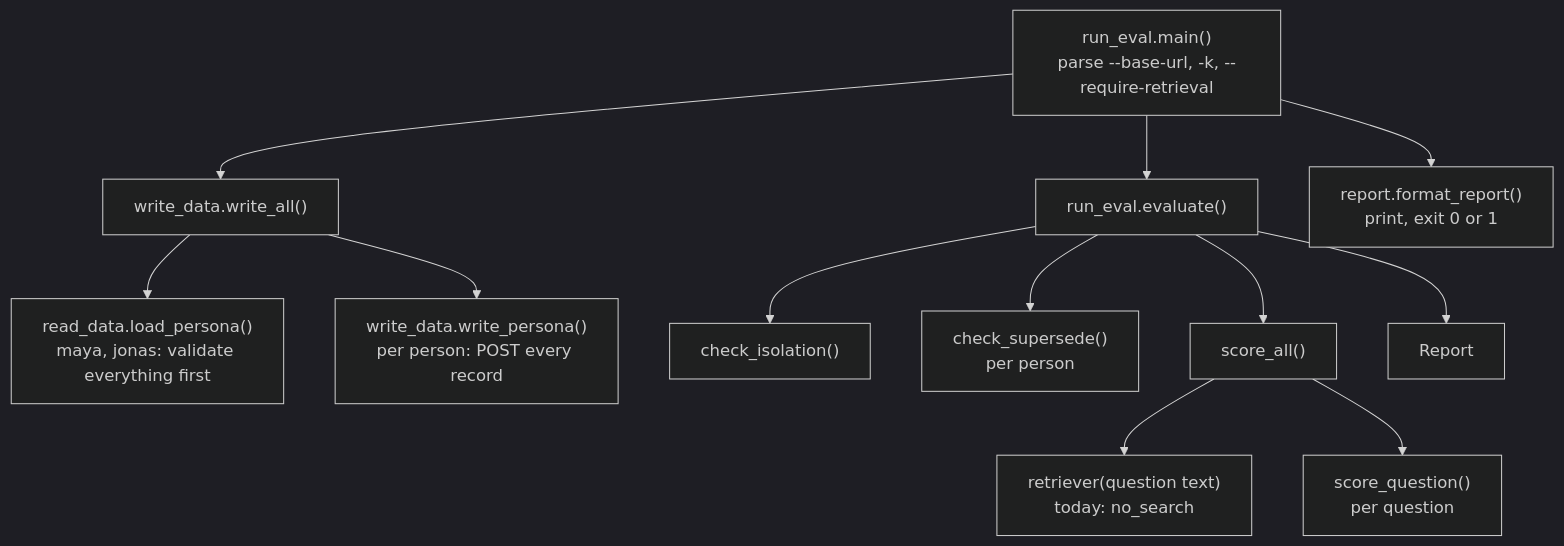
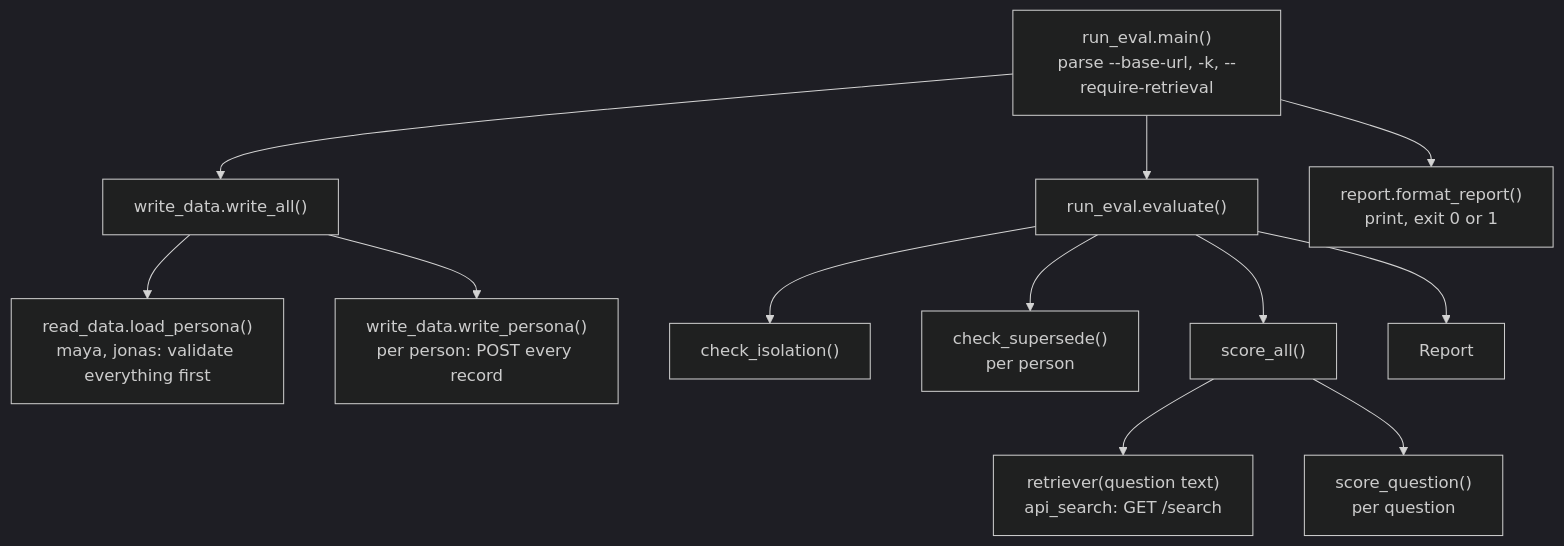
One commit to ZiadHendawy/mutable changed diagram 19 of 24 in docs/design.md. Above: the diagram before and after it, drawn with Mermaid (dark theme). The commit also changed other lines of this file and 9 other files, not shown here.

````diff
--- a/docs/design.md
+++ b/docs/design.md
@@ -947,14 +980,14 @@
 ```mermaid
 flowchart TD
     main["run_eval.main()<br/>parse --base-url, -k, --require-retrieval"] --> wa["write_data.write_all()"]
     wa --> lp["read_data.load_persona()<br/>maya, jonas: validate everything first"]
     wa --> wp["write_data.write_persona()<br/>per person: POST every record"]
     main --> ev["run_eval.evaluate()"]
     ev --> ci["check_isolation()"]
     ev --> cs["check_supersede()<br/>per person"]
     ev --> sa["score_all()"]
-    sa --> rt["retriever(question text)<br/>today: no_search"]
+    sa --> rt["retriever(question text)<br/>api_search: GET /search"]
     sa --> sq["score_question()<br/>per question"]
     ev --> rep["Report"]
     main --> fr["report.format_report()<br/>print, exit 0 or 1"]
 ```
````
